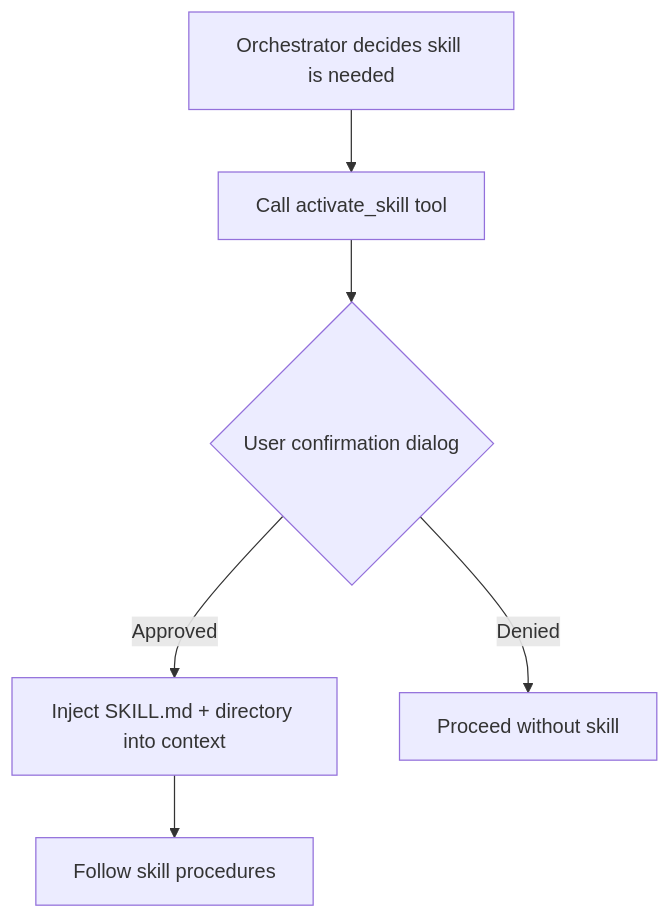
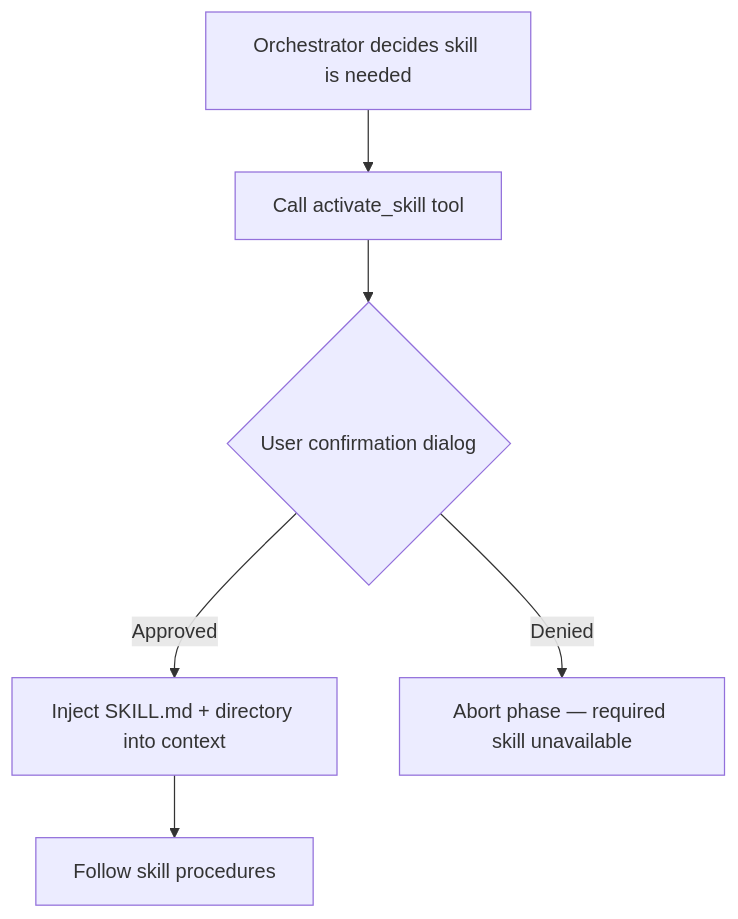
The second of 4 diagrams in docs/architecture/skills-and-commands.md (josstei/maestro-gemini), drawn with Mermaid before and after one commit. The commit also changed 2 other files, not shown here.

Commit message:
fix(docs): correct parallel dispatch tool access, YOLO scope, skill denial path
Replace "full tool access" with accurate ToolRegistry description for
parallel dispatch. Scope sequential YOLO to session approval settings.
Change skill denial flowchart from graceful fallback to abort.

````diff
--- a/docs/architecture/skills-and-commands.md
+++ b/docs/architecture/skills-and-commands.md
@@ -40,8 +40,8 @@
 ```mermaid
 flowchart TD
     A[Orchestrator decides skill is needed] --> B[Call activate_skill tool]
     B --> C{User confirmation dialog}
     C -->|Approved| D[Inject SKILL.md + directory into context]
-    C -->|Denied| E[Proceed without skill]
+    C -->|Denied| E[Abort phase — required skill unavailable]
     D --> F[Follow skill procedures]
 ```
````
